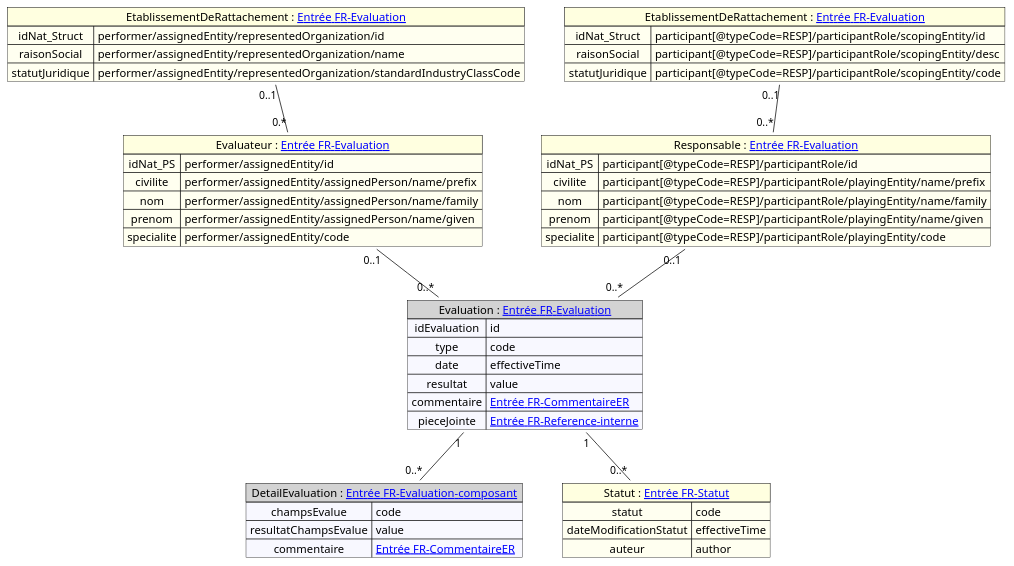
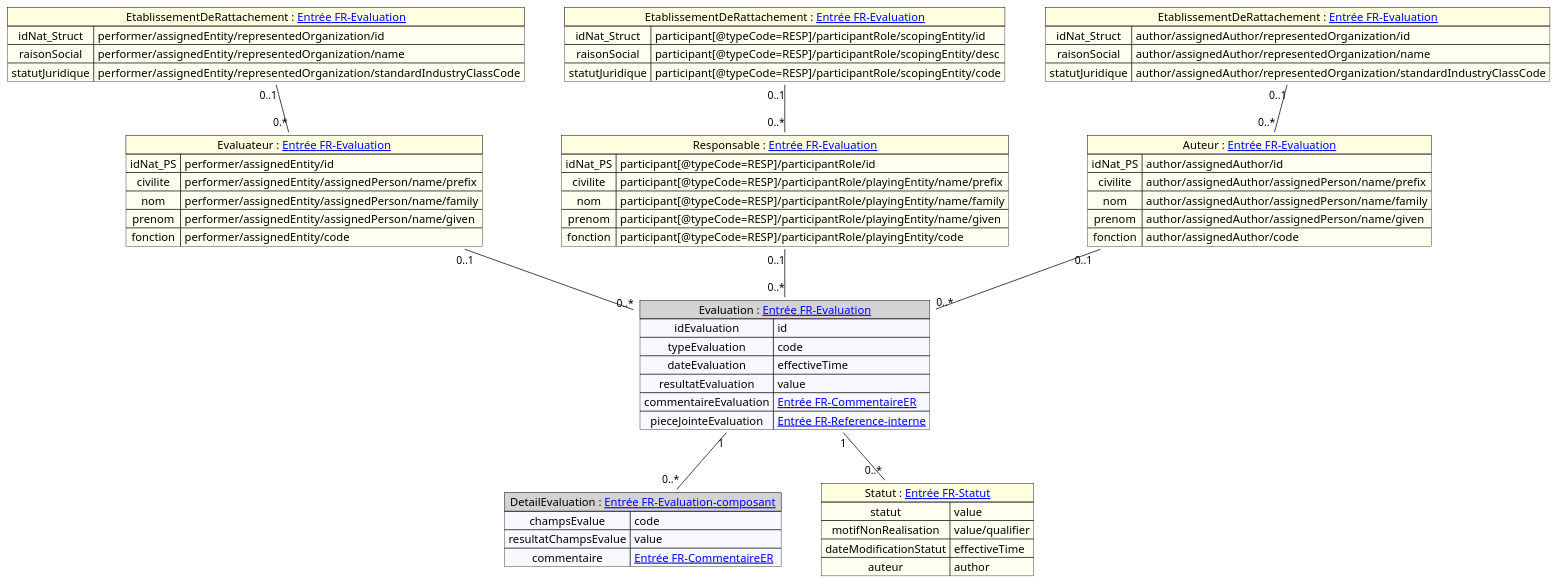
The diagram in input/images-source/mapping_evaluation.plantuml (ansforge/IG-fhir-transfert-donnees-dui-esms), drawn with PlantUML before and after one commit. The commit also changed 4 other files, not shown here.

```diff
--- a/input/images-source/mapping_evaluation.plantuml
+++ b/input/images-source/mapping_evaluation.plantuml
@@ -1,64 +1,80 @@
 @startuml
 
 
 map "Evaluation : [[contenu_dossier_corps_cda.html Entrée FR-Evaluation]]" as Evaluation #back:GhostWhite;header:LightGray{
     idEvaluation => id
-    type => code
-    date => effectiveTime
-    resultat => value
-    commentaire => [[contenu_dossier_corps_cda.html Entrée FR-CommentaireER]]
-    pieceJointe => [[contenu_dossier_corps_cda.html Entrée FR-Reference-interne]]
+    typeEvaluation => code
+    dateEvaluation => effectiveTime
+    resultatEvaluation => value
+    commentaireEvaluation => [[contenu_dossier_corps_cda.html Entrée FR-CommentaireER]]
+    pieceJointeEvaluation => [[contenu_dossier_corps_cda.html Entrée FR-Reference-interne]]
 }
 
 
 map "DetailEvaluation : [[contenu_dossier_corps_cda.html Entrée FR-Evaluation-composant]]" as DetailEvaluation #back:GhostWhite;header:LightGray{
     champsEvalue => code
     resultatChampsEvalue => value
     commentaire => [[contenu_dossier_corps_cda.html Entrée FR-CommentaireER]]
 }
 
 map "Evaluateur : [[contenu_dossier_corps_cda.html Entrée FR-Evaluation]]" as Evaluateur#back:Ivory;header:LightYellow {
     idNat_PS => performer/assignedEntity/id
     civilite => performer/assignedEntity/assignedPerson/name/prefix
     nom => performer/assignedEntity/assignedPerson/name/family
     prenom => performer/assignedEntity/assignedPerson/name/given
-    specialite => performer/assignedEntity/code
+    fonction => performer/assignedEntity/code
 }
 
 map "EtablissementDeRattachement : [[contenu_dossier_corps_cda.html Entrée FR-Evaluation]]" as etablissementDeRattachementEval #back:Ivory;header:LightYellow {
     idNat_Struct => performer/assignedEntity/representedOrganization/id
     raisonSocial => performer/assignedEntity/representedOrganization/name
     statutJuridique =>  performer/assignedEntity/representedOrganization/standardIndustryClassCode
 }
 
 map "Responsable : [[contenu_dossier_corps_cda.html Entrée FR-Evaluation]]" as Responsable#back:Ivory;header:LightYellow {
     idNat_PS => participant[@typeCode=RESP]/participantRole/id
     civilite => participant[@typeCode=RESP]/participantRole/playingEntity/name/prefix
     nom => participant[@typeCode=RESP]/participantRole/playingEntity/name/family
     prenom => participant[@typeCode=RESP]/participantRole/playingEntity/name/given
-    specialite => participant[@typeCode=RESP]/participantRole/playingEntity/code
+    fonction => participant[@typeCode=RESP]/participantRole/playingEntity/code
 }
 
 map "EtablissementDeRattachement : [[contenu_dossier_corps_cda.html Entrée FR-Evaluation]]" as etablissementDeRattachementResp #back:Ivory;header:LightYellow {
     idNat_Struct => participant[@typeCode=RESP]/participantRole/scopingEntity/id
     raisonSocial => participant[@typeCode=RESP]/participantRole/scopingEntity/desc
     statutJuridique => participant[@typeCode=RESP]/participantRole/scopingEntity/code
 }
 
+map "Auteur : [[contenu_dossier_corps_cda.html Entrée FR-Evaluation]]" as Auteur#back:Ivory;header:LightYellow {
+    idNat_PS => author/assignedAuthor/id
+    civilite => author/assignedAuthor/assignedPerson/name/prefix
+    nom => author/assignedAuthor/assignedPerson/name/family
+    prenom => author/assignedAuthor/assignedPerson/name/given
+    fonction => author/assignedAuthor/code
+}
+
+map "EtablissementDeRattachement : [[contenu_dossier_corps_cda.html Entrée FR-Evaluation]]" as etablissementDeRattachementAuth #back:Ivory;header:LightYellow {
+    idNat_Struct => author/assignedAuthor/representedOrganization/id
+    raisonSocial => author/assignedAuthor/representedOrganization/name
+    statutJuridique => author/assignedAuthor/representedOrganization/standardIndustryClassCode
+}
+
 map "Statut : [[contenu_dossier_corps_cda.html Entrée FR-Statut]]" as Statut #back:Ivory;header:LightYellow{
-    statut => code
+    statut => value
+    motifNonRealisation => value/qualifier
     dateModificationStatut => effectiveTime
     auteur => author
-   
 }
 
 'Liens entre éléments
 Evaluateur "0..1" -- "0..*" Evaluation
 Responsable "0..1" -- "0..*" Evaluation
+Auteur "0..1" -- "0..*" Evaluation
 Evaluation "1" -- "0..*" DetailEvaluation
 Evaluation "1" -- "0..*" Statut
 etablissementDeRattachementResp "0..1" -- "0..*" Responsable
 etablissementDeRattachementEval "0..1" -- "0.*" Evaluateur
+etablissementDeRattachementAuth "0..1" -- "0..*" Auteur
 
 
 @enduml
```
